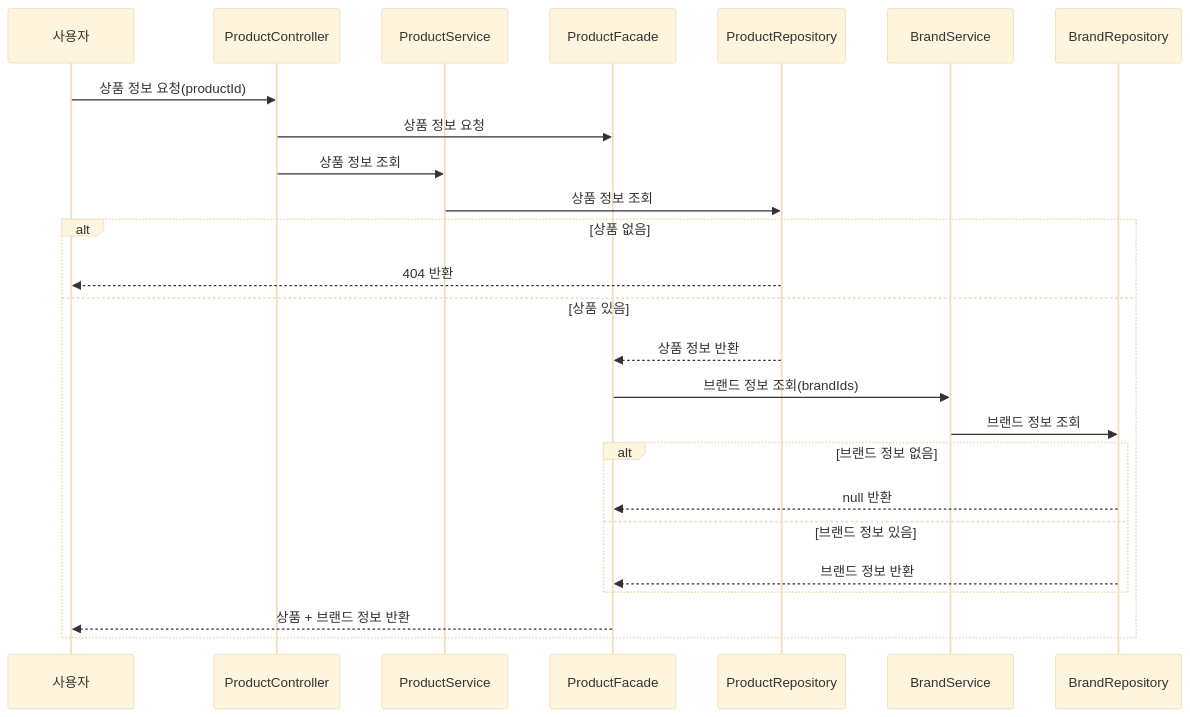
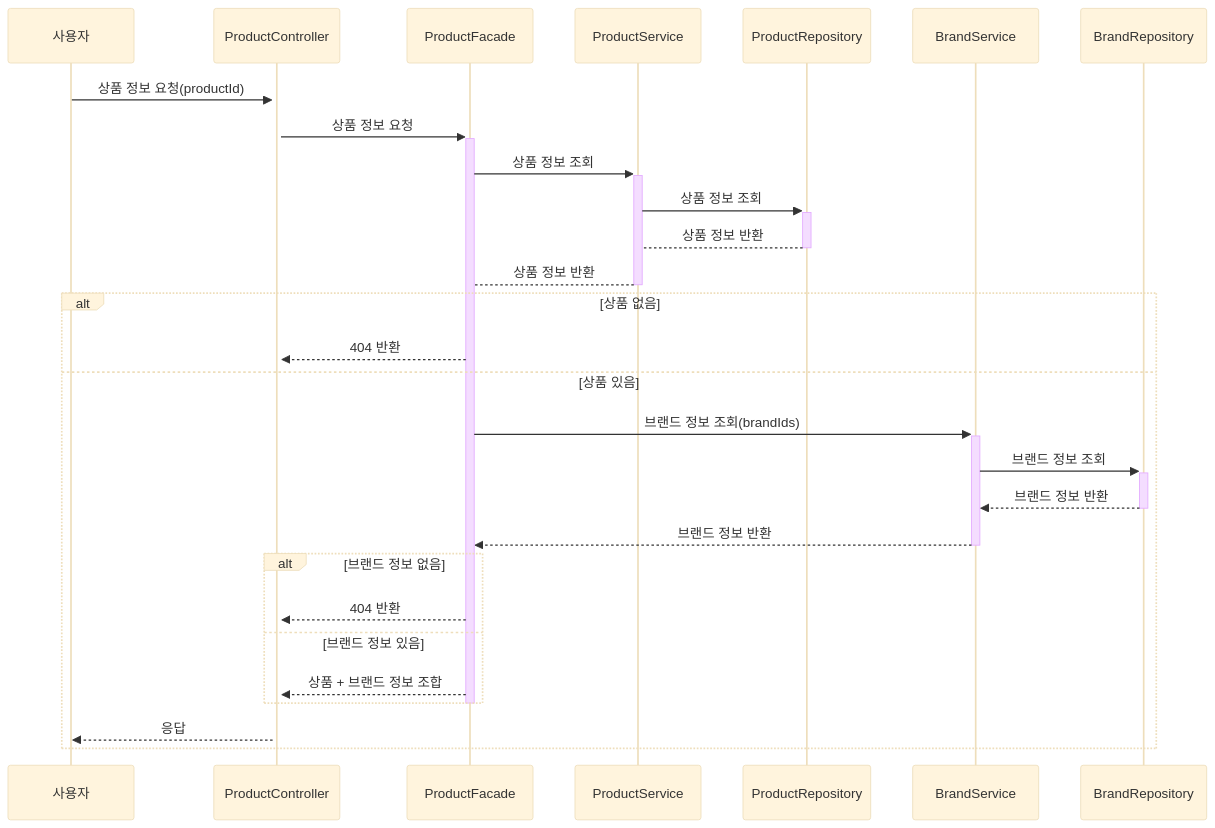
The second of 7 diagrams in .docs/02-sequence-diagrams.md (donghyeon3813/vibe-commerce), drawn with Mermaid (base theme) before and after one commit. The commit also changed other lines of this file, not shown here.

Commit message:
fix : sequence-diagrams activation 일부 추가

````diff
--- a/.docs/02-sequence-diagrams.md
+++ b/.docs/02-sequence-diagrams.md
@@ -33,28 +36,32 @@
 ```mermaid
 sequenceDiagram
     participant 사용자
     participant PC as ProductController
+    participant PF as ProductFacade
     participant PS as ProductService
-    participant PF as ProductFacade
     participant PR as ProductRepository
     participant BS as BrandService
     participant BR as BrandRepository
 
-    사용자->>PC: 상품 정보 요청(productId)
-    PC->>PF: 상품 정보 요청
-    PC->>PS: 상품 정보 조회
-    PS->>PR: 상품 정보 조회
+    사용자->>+PC: 상품 정보 요청(productId)
+    PC->>+PF: 상품 정보 요청
+    PF->>+PS: 상품 정보 조회
+    PS->>+PR: 상품 정보 조회
+    PR-->-PS: 상품 정보 반환
+    PS-->-PF: 상품 정보 반환
     alt 상품 없음
-        PR-->>사용자: 404 반환
+        PF-->>PC: 404 반환
     else 상품 있음
-        PR-->>PF: 상품 정보 반환
-        PF->>BS: 브랜드 정보 조회(brandIds)
-        BS->>BR: 브랜드 정보 조회
+        PF->>+BS: 브랜드 정보 조회(brandIds)
+        BS->>+BR: 브랜드 정보 조회
+        BR-->>-BS: 브랜드 정보 반환
+        BS-->>-PF: 브랜드 정보 반환
         alt 브랜드 정보 없음
-            BR-->>PF: null 반환
+            PF-->>PC: 404 반환
         else 브랜드 정보 있음
-            BR-->>PF: 브랜드 정보 반환
+            PF-->>PC: 상품 + 브랜드 정보 조합
         end
-        PF-->>사용자: 상품 + 브랜드 정보 반환
+        deactivate PF
+        PC-->>사용자: 응답
     end
 ```
````
